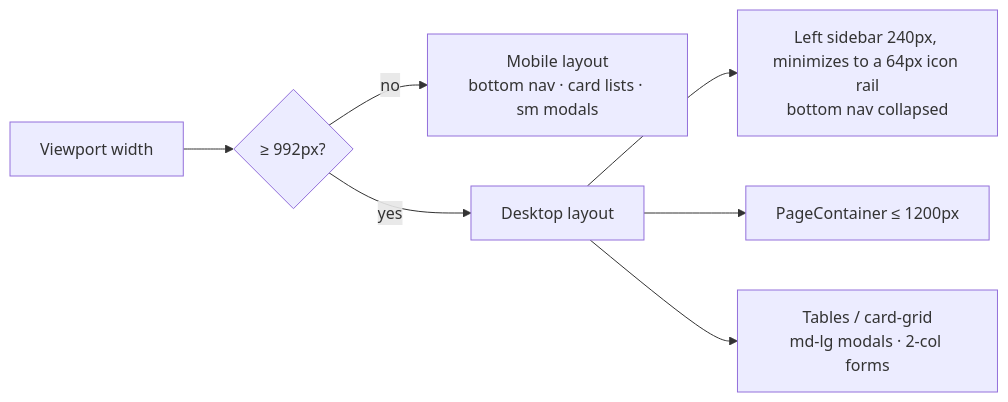
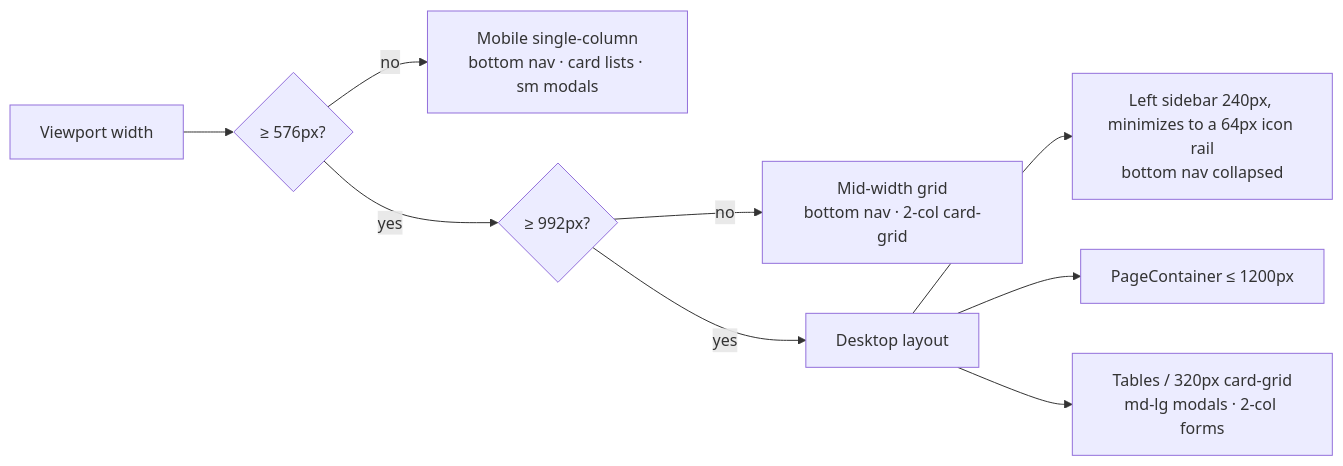
Before and after one commit to oncloudnintynineone-source/cloudy2: the diagram in docs/desktop-responsive.md, drawn with Mermaid. The commit also changed other lines of this file and 13 other files, not shown here.

Commit message:
- Multi-column view for wide mobile viewports in Parade State and Contacts View

````diff
--- a/docs/desktop-responsive.md
+++ b/docs/desktop-responsive.md
@@ -41,9 +45,11 @@
 ```mermaid
 flowchart LR
-    A[Viewport width] --> B{≥ 992px?}
-    B -- no --> C[Mobile layout<br/>bottom nav · card lists · sm modals]
-    B -- yes --> D[Desktop layout]
+    A[Viewport width] --> B{≥ 576px?}
+    B -- no --> C[Mobile single-column<br/>bottom nav · card lists · sm modals]
+    B -- yes --> B2{≥ 992px?}
+    B2 -- no --> C2[Mid-width grid<br/>bottom nav · 2-col card-grid]
+    B2 -- yes --> D[Desktop layout]
     D --> E[Left sidebar 240px, minimizes to a 64px icon rail<br/>bottom nav collapsed]
     D --> F[PageContainer ≤ 1200px]
-    D --> G[Tables / card-grid<br/>md-lg modals · 2-col forms]
+    D --> G[Tables / 320px card-grid<br/>md-lg modals · 2-col forms]
 ```
````
